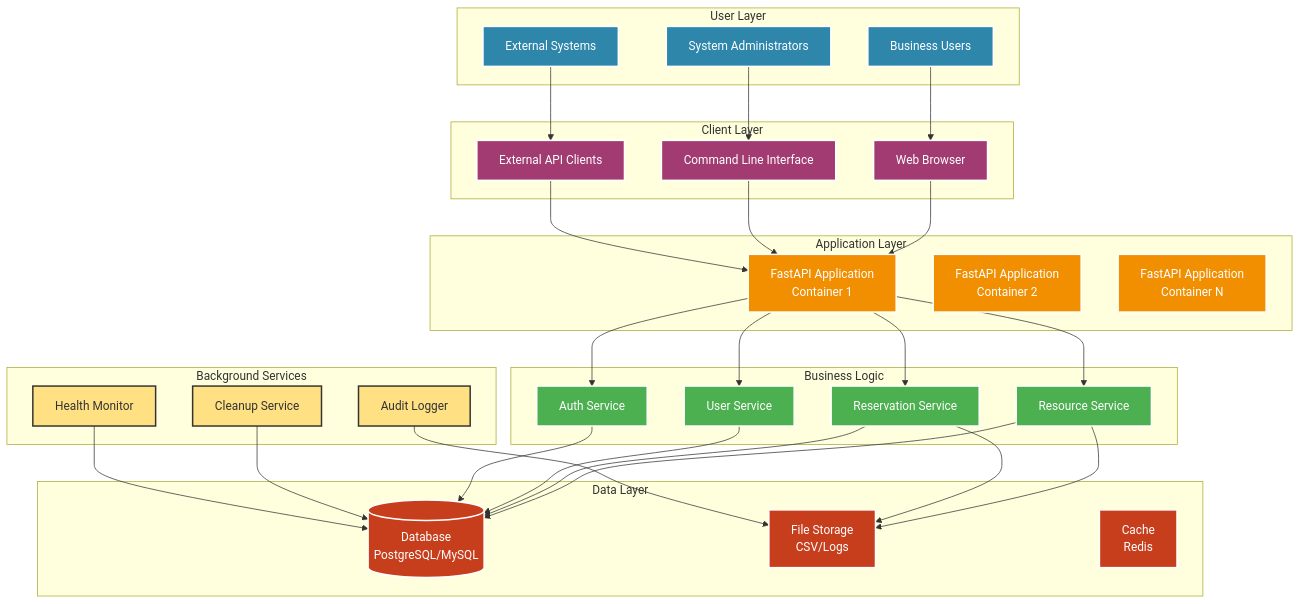
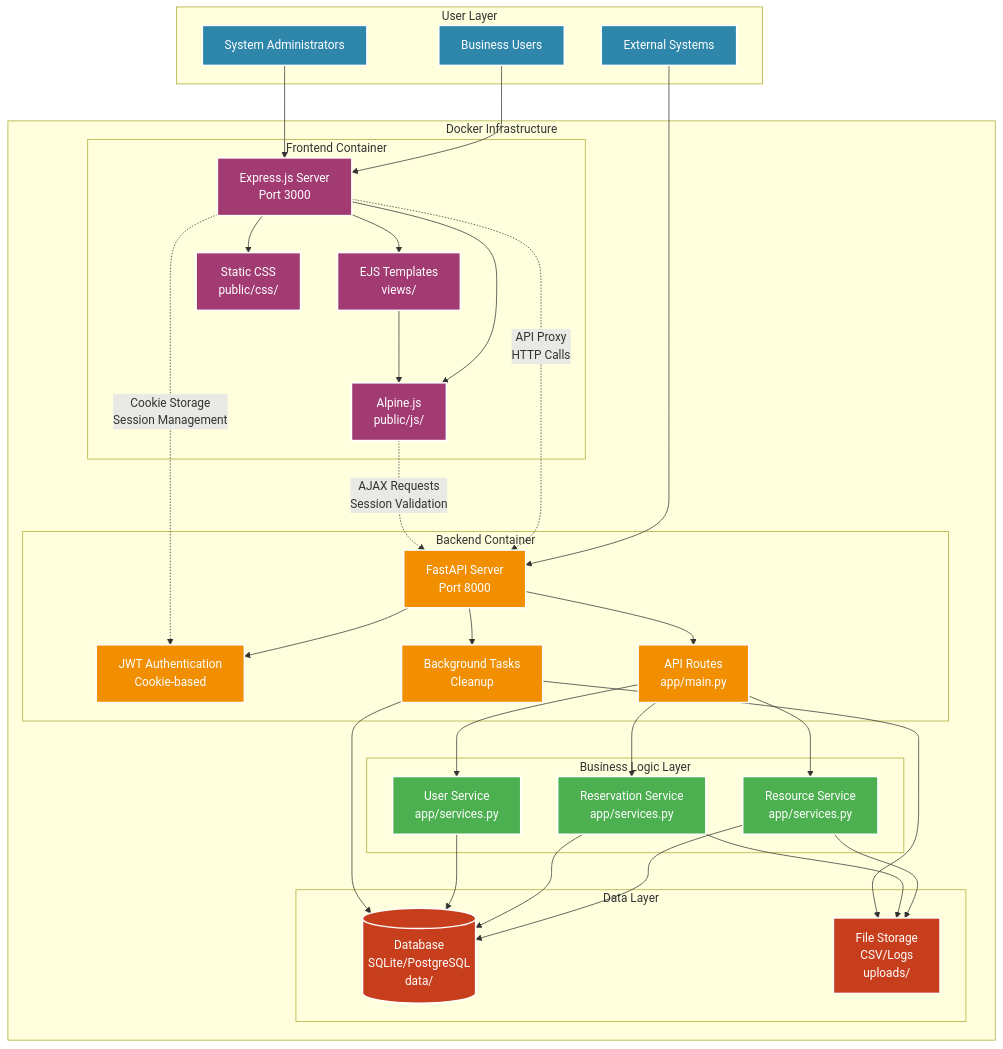
Before and after one commit to sylvester-francis/Resource-Reserver: the diagram in README.md, drawn with Mermaid. The commit also changed other lines of this file and 24 other files, not shown here.

````diff
--- a/README.md
+++ b/README.md
@@ -53,80 +52,81 @@
         U3[External Systems]
     end
     
-    subgraph "Client Layer"
-        WEB[Web Browser]
-        CLI[Command Line Interface]
-        API[External API Clients]
-    end
-    
-    
-    subgraph "Application Layer"
-        APP1[FastAPI Application<br/>Container 1]
-        APP2[FastAPI Application<br/>Container 2]
-        APP3[FastAPI Application<br/>Container N]
-    end
-    
-    subgraph "Business Logic"
-        RS[Resource Service]
-        ReS[Reservation Service]
-        US[User Service]
-        AS[Auth Service]
-    end
-    
-    subgraph "Data Layer"
-        DB[(Database<br/>PostgreSQL/MySQL)]
-        FS[File Storage<br/>CSV/Logs]
-        CACHE[Cache<br/>Redis]
-    end
-    
-    subgraph "Background Services"
-        CLEANUP[Cleanup Service]
-        MONITOR[Health Monitor]
-        AUDIT[Audit Logger]
+    subgraph "Docker Infrastructure"
+        subgraph "Frontend Container"
+            WEB[Express.js Server<br/>Port 3000]
+            EJS[EJS Templates<br/>views/]
+            ALPINE[Alpine.js<br/>public/js/]
+            CSS[Static CSS<br/>public/css/]
+        end
+        
+        subgraph "Backend Container"
+            API[FastAPI Server<br/>Port 8000]
+            AUTH[JWT Authentication<br/>Cookie-based]
+            ROUTES[API Routes<br/>app/main.py]
+            BG[Background Tasks<br/>Cleanup]
+        end
+        
+        subgraph "Business Logic Layer"
+            RS[Resource Service<br/>app/services.py]
+            ReS[Reservation Service<br/>app/services.py]
+            US[User Service<br/>app/services.py]
+        end
+        
+        subgraph "Data Layer"
+            DB[(Database<br/>SQLite/PostgreSQL<br/>data/)]
+            FS[File Storage<br/>CSV/Logs<br/>uploads/]
+        end
     end
     
     %% User connections
     U1 --> WEB
-    U2 --> CLI
+    U2 --> WEB
     U3 --> API
     
-    %% Client to applications
-    WEB --> APP1
-    CLI --> APP1
-    API --> APP1
+    %% Frontend architecture
+    WEB --> EJS
+    WEB --> ALPINE
+    WEB --> CSS
+    EJS --> ALPINE
     
-    %% Applications to services
-    APP1 --> RS
-    APP1 --> ReS
-    APP1 --> US
-    APP1 --> AS
+    %% Frontend to Backend communication
+    WEB -.->|API Proxy<br/>HTTP Calls| API
+    ALPINE -.->|AJAX Requests<br/>Session Validation| API
+    
+    %% Backend internal
+    API --> AUTH
+    API --> ROUTES
+    API --> BG
+    ROUTES --> RS
+    ROUTES --> ReS
+    ROUTES --> US
     
     %% Services to data
     RS --> DB
     ReS --> DB
     US --> DB
-    AS --> DB
     
     RS --> FS
     ReS --> FS
     
     %% Background services
-    CLEANUP --> DB
-    MONITOR --> DB
-    AUDIT --> FS
+    BG --> DB
+    BG --> FS
+    
+    %% Session management
+    WEB -.->|Cookie Storage<br/>Session Management| AUTH
     
     %% Styling
     classDef userClass fill:#2E86AB,stroke:#fff,stroke-width:2px,color:#fff
-    classDef clientClass fill:#A23B72,stroke:#fff,stroke-width:2px,color:#fff
-    classDef appClass fill:#F18F01,stroke:#fff,stroke-width:2px,color:#fff
+    classDef containerClass fill:#A23B72,stroke:#fff,stroke-width:2px,color:#fff
+    classDef backendClass fill:#F18F01,stroke:#fff,stroke-width:2px,color:#fff
     classDef serviceClass fill:#4CAF50,stroke:#fff,stroke-width:2px,color:#fff
     classDef dataClass fill:#C73E1D,stroke:#fff,stroke-width:2px,color:#fff
-    classDef bgClass fill:#FFE082,stroke:#333,stroke-width:2px
     
     class U1,U2,U3 userClass
-    class WEB,CLI,API clientClass
-    class APP1,APP2,APP3 appClass
-    class RS,ReS,US,AS serviceClass
-    class DB,FS,CACHE dataClass
-    class CLEANUP,MONITOR,AUDIT bgClass
+    class WEB,EJS,ALPINE,CSS containerClass
+    class API,AUTH,ROUTES,BG backendClass
+    class RS,ReS,US serviceClass
+    class DB,FS dataClass
 ```
````
